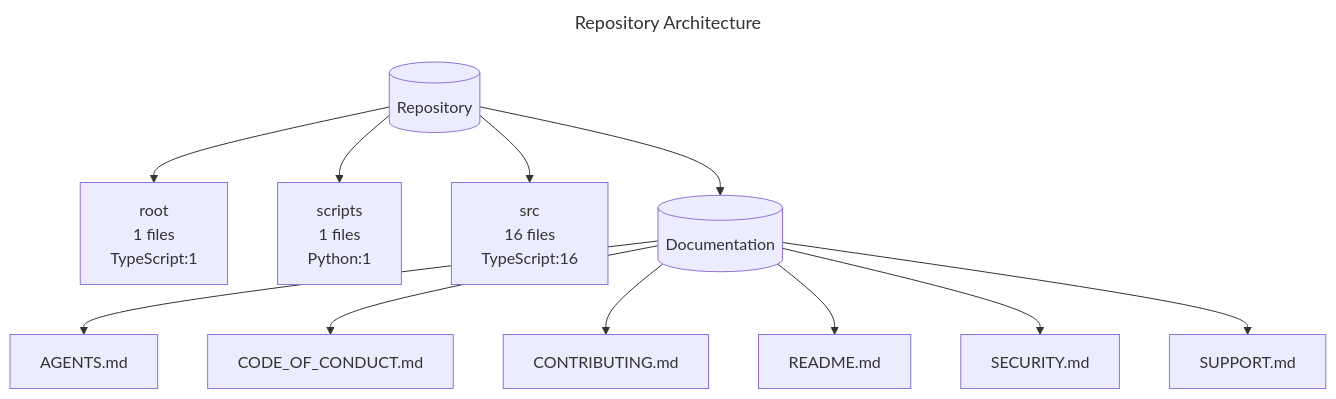
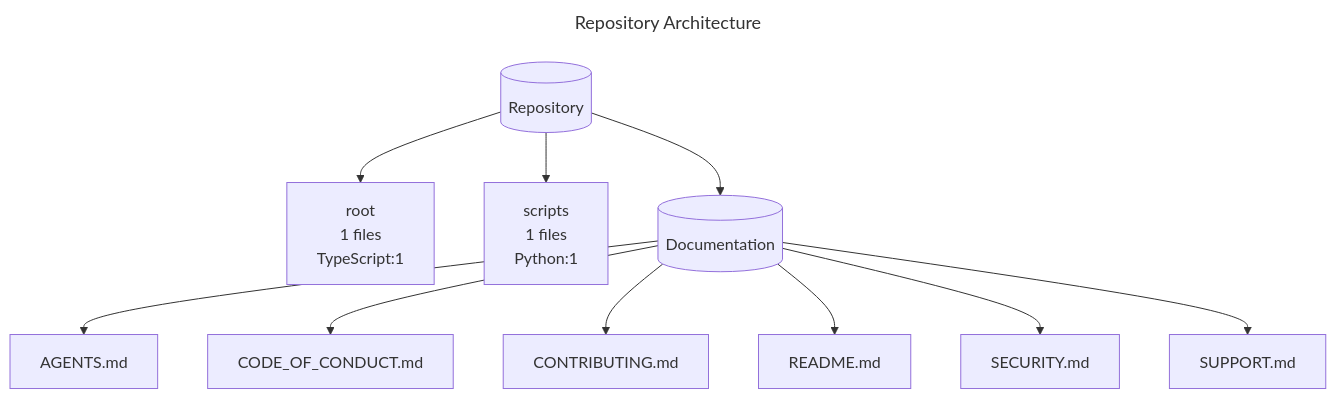
Before and after one commit to bell-kevin/kevinBellTemplateRepo: the diagram in docs/architecture.mmd, drawn with Mermaid.

Commit message:
chore: update architecture diagram

```diff
--- a/docs/architecture.mmd
+++ b/docs/architecture.mmd
@@ -1,27 +1,25 @@
 ---
 title: Repository Architecture
 ---
 graph TD
     repo[(Repository)]
     n_root["root\n1 files\nTypeScript:1"]
     repo --> n_root
     n_scripts["scripts\n1 files\nPython:1"]
     repo --> n_scripts
-    n_src["src\n16 files\nTypeScript:16"]
-    repo --> n_src
     docs[(Documentation)]
     repo --> docs
     n_doc_AGENTS_md["AGENTS.md"]
     docs --> n_doc_AGENTS_md
     n_doc_CODE_OF_CONDUCT_md["CODE_OF_CONDUCT.md"]
     docs --> n_doc_CODE_OF_CONDUCT_md
     n_doc_CONTRIBUTING_md["CONTRIBUTING.md"]
     docs --> n_doc_CONTRIBUTING_md
     n_doc_README_md["README.md"]
     docs --> n_doc_README_md
     n_doc_SECURITY_md["SECURITY.md"]
     docs --> n_doc_SECURITY_md
     n_doc_SUPPORT_md["SUPPORT.md"]
     docs --> n_doc_SUPPORT_md
 
 %% Generated by scripts/generate_architecture_diagram.py
```
